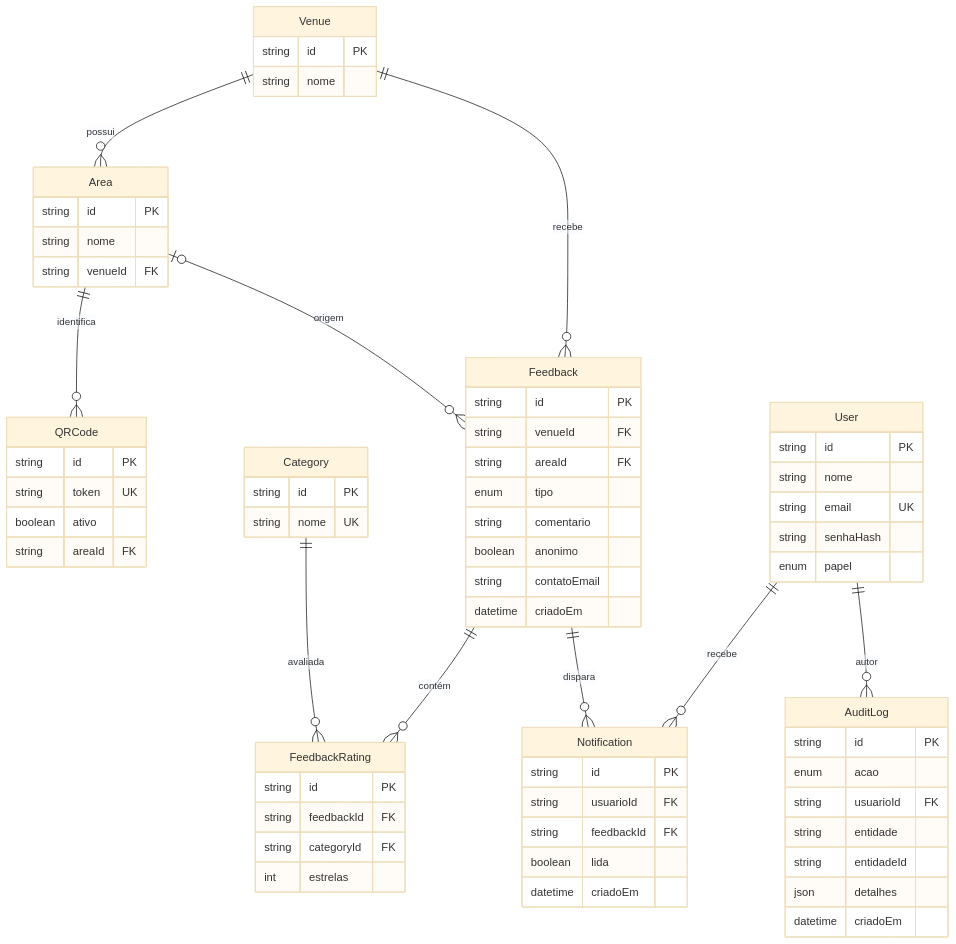
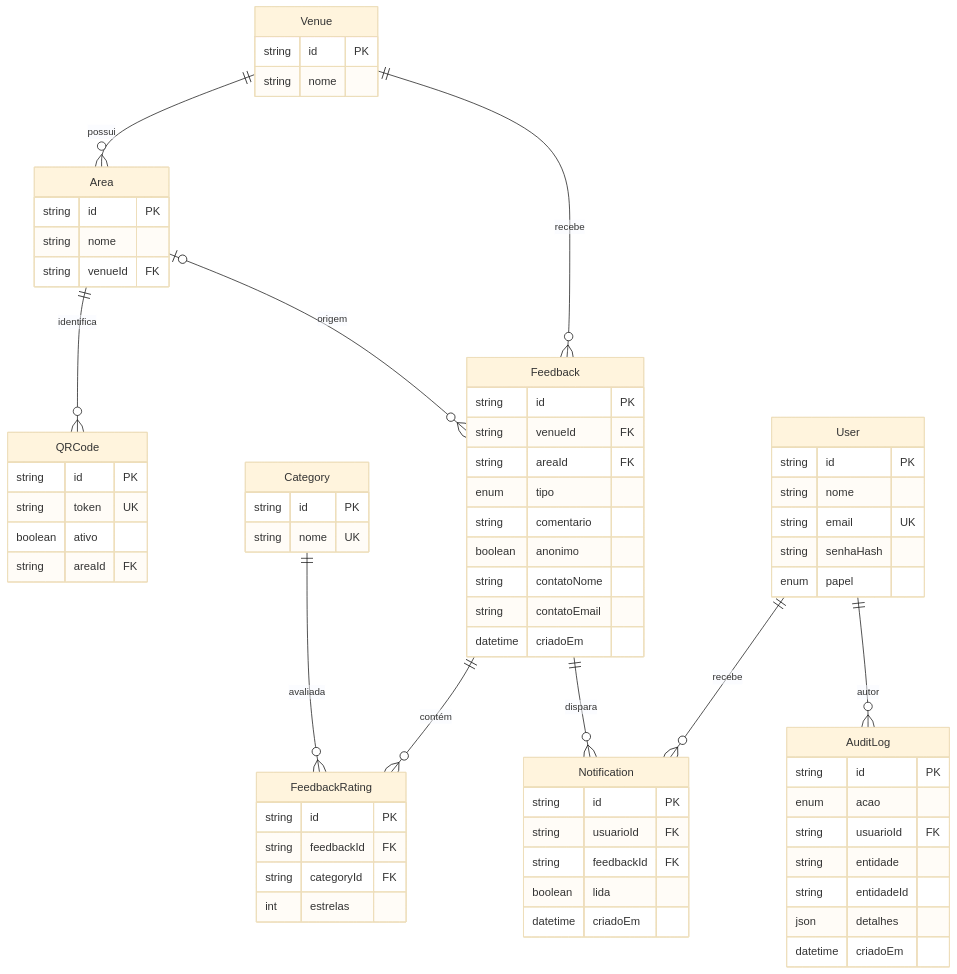
Before and after one commit to mendoncaluucas/ECHO: the diagram in docs/MODELO-DADOS.md, drawn with Mermaid (base theme). The commit also changed other lines of this file and 3 other files, not shown here.

````diff
--- a/docs/MODELO-DADOS.md
+++ b/docs/MODELO-DADOS.md
@@ -9,70 +9,71 @@
 ```mermaid
 erDiagram
     Venue    ||--o{ Area           : possui
     Area     ||--o{ QRCode         : identifica
     Venue    ||--o{ Feedback       : recebe
     Area     |o--o{ Feedback       : origem
     Feedback ||--o{ FeedbackRating : contém
     Category ||--o{ FeedbackRating : avaliada
     User     ||--o{ AuditLog       : autor
     User     ||--o{ Notification   : recebe
     Feedback ||--o{ Notification   : dispara
     Notification {
         string   id PK
         string   usuarioId FK
         string   feedbackId FK
         boolean  lida
         datetime criadoEm
     }
     AuditLog {
         string   id PK
         enum     acao
         string   usuarioId FK
         string   entidade
         string   entidadeId
         json     detalhes
         datetime criadoEm
     }
     User     {
         string id PK
         string nome
         string email UK
         string senhaHash
         enum   papel
     }
     Venue {
         string id PK
         string nome
     }
     Area {
         string id PK
         string nome
         string venueId FK
     }
     QRCode {
         string  id PK
         string  token UK
         boolean ativo
         string  areaId FK
     }
     Category {
         string id PK
         string nome UK
     }
     Feedback {
         string   id PK
         string   venueId FK
         string   areaId FK
         enum     tipo
         string   comentario
         boolean  anonimo
+        string   contatoNome
         string   contatoEmail
         datetime criadoEm
     }
     FeedbackRating {
         string id PK
         string feedbackId FK
         string categoryId FK
         int    estrelas
     }
 ```
````
